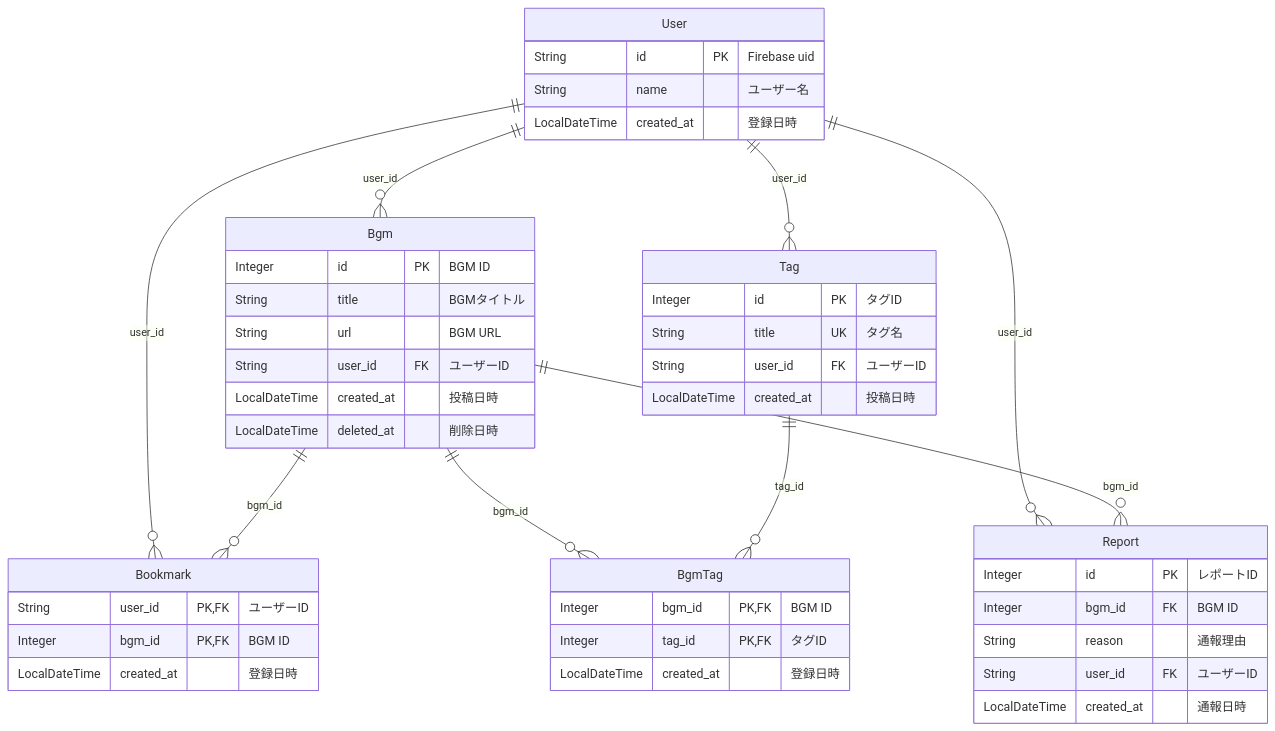
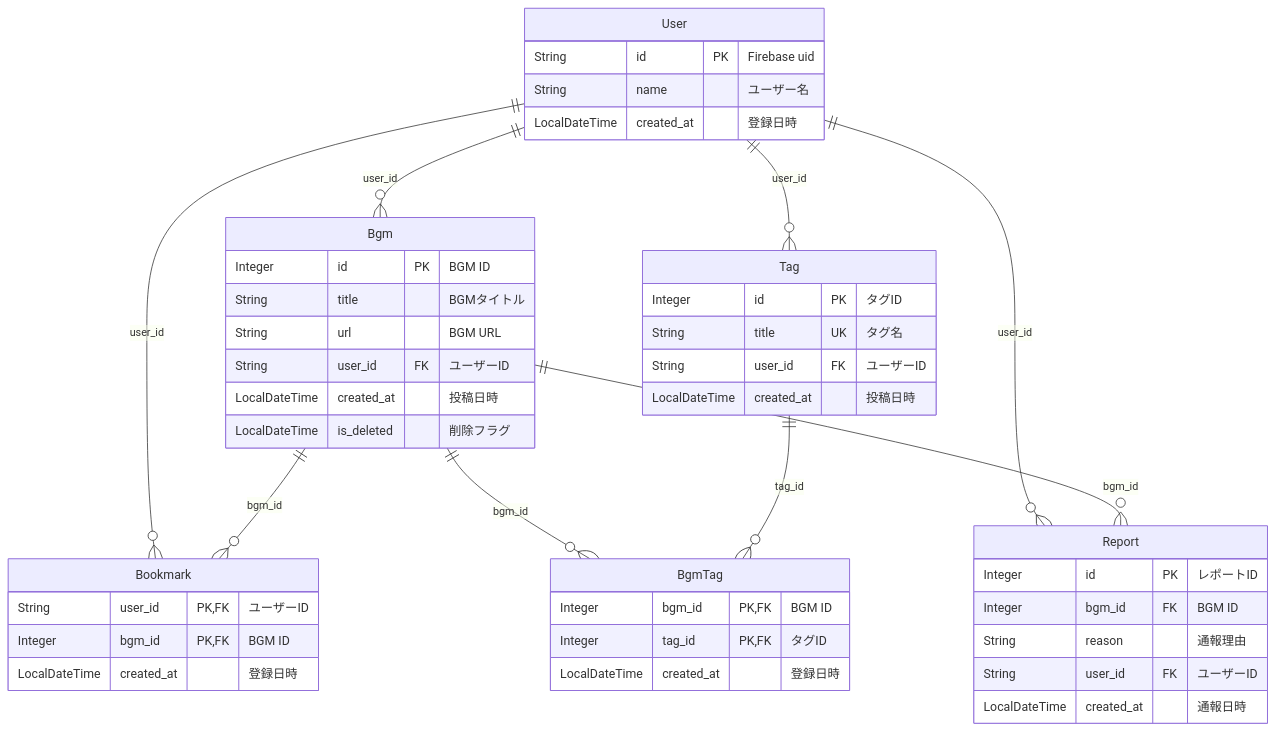
One commit to kagomen/bgm-api-springboot changed the diagram in docs/er.md. Above: the diagram before and after it, drawn with Mermaid.

Commit message:
Bgmテーブルのdeleted_atをis_deletedに変更

````diff
--- a/docs/er.md
+++ b/docs/er.md
@@ -5,54 +5,54 @@
 ```mermaid
 erDiagram
 
 User {
 String id PK "Firebase uid"
 String name "ユーザー名"
 LocalDateTime created_at "登録日時"
 }
 
 Bgm {
 Integer id PK "BGM ID"
 String title "BGMタイトル"
 String url "BGM URL"
 String user_id FK "ユーザーID"
 LocalDateTime created_at "投稿日時"
-LocalDateTime deleted_at "削除日時"
+LocalDateTime is_deleted "削除フラグ"
 }
 
 Bookmark {
 String user_id PK,FK "ユーザーID"
 Integer bgm_id PK,FK "BGM ID"
 LocalDateTime created_at "登録日時"
 }
 
 Tag {
 Integer id PK "タグID"
 String title UK "タグ名"
 String user_id FK "ユーザーID"
 LocalDateTime created_at "投稿日時"
 }
 
 BgmTag {
 Integer bgm_id PK,FK "BGM ID"
 Integer tag_id PK,FK "タグID"
 LocalDateTime created_at "登録日時"
 }
 
 Report {
 Integer id PK "レポートID"
 Integer bgm_id FK "BGM ID"
 String reason "通報理由"
 String user_id FK "ユーザーID"
 LocalDateTime created_at "通報日時"
 }
 
 User ||--o{ Bgm : user_id
 User ||--o{ Bookmark : user_id
 User ||--o{ Tag : user_id
 User ||--o{ Report : user_id
 Bgm ||--o{ Bookmark : bgm_id
 Bgm ||--o{ BgmTag : bgm_id
 Bgm ||--o{ Report : bgm_id
 Tag ||--o{ BgmTag : tag_id
 ```
````
